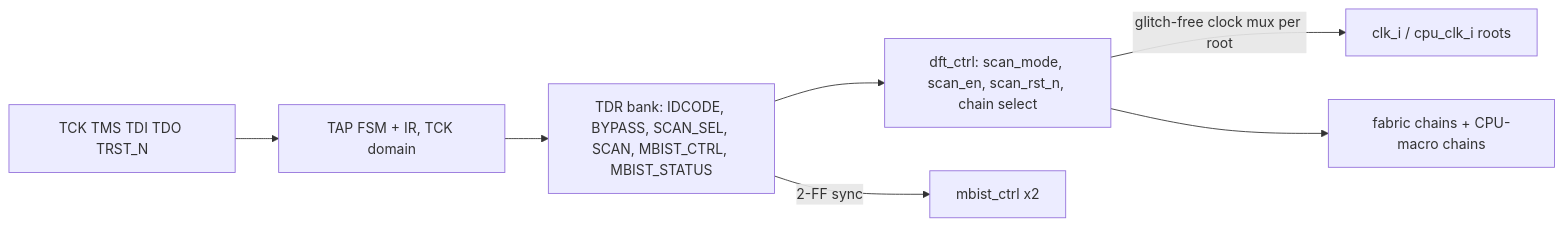
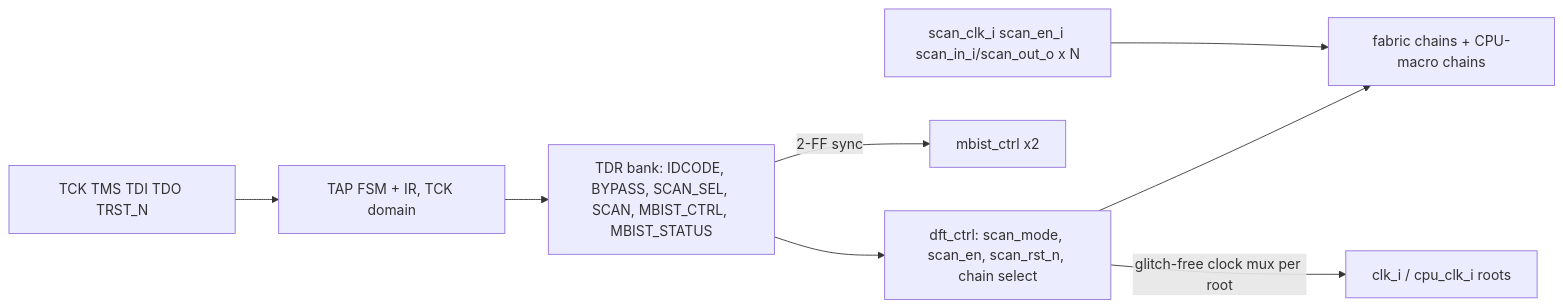
The second of 2 diagrams in docs/design/DFT_ARCHITECTURE.md (chuanseng-ng/claude_verilog_test), drawn with Mermaid before and after one commit. The commit also changed other lines of this file and 1 other file, not shown here.

First line of the commit message:
[Doc] DFT: decisions 7-9 (TAP + parallel scan ports, coverage as goal, dud4 dependency)

````diff
--- a/docs/design/DFT_ARCHITECTURE.md
+++ b/docs/design/DFT_ARCHITECTURE.md
@@ -405,9 +429,10 @@
 ```mermaid
 flowchart LR
   P[TCK TMS TDI TDO TRST_N] --> T[TAP FSM + IR, TCK domain]
+  PP[scan_clk_i scan_en_i scan_in_i/scan_out_o x N] --> CH
   T --> D[TDR bank: IDCODE, BYPASS, SCAN_SEL, SCAN, MBIST_CTRL, MBIST_STATUS]
   D --> TC[dft_ctrl: scan_mode, scan_en, scan_rst_n, chain select]
   TC -->|glitch-free clock mux per root| CK[clk_i / cpu_clk_i roots]
   TC --> CH[fabric chains + CPU-macro chains]
   D -->|2-FF sync| MB[mbist_ctrl x2]
 ```
````
